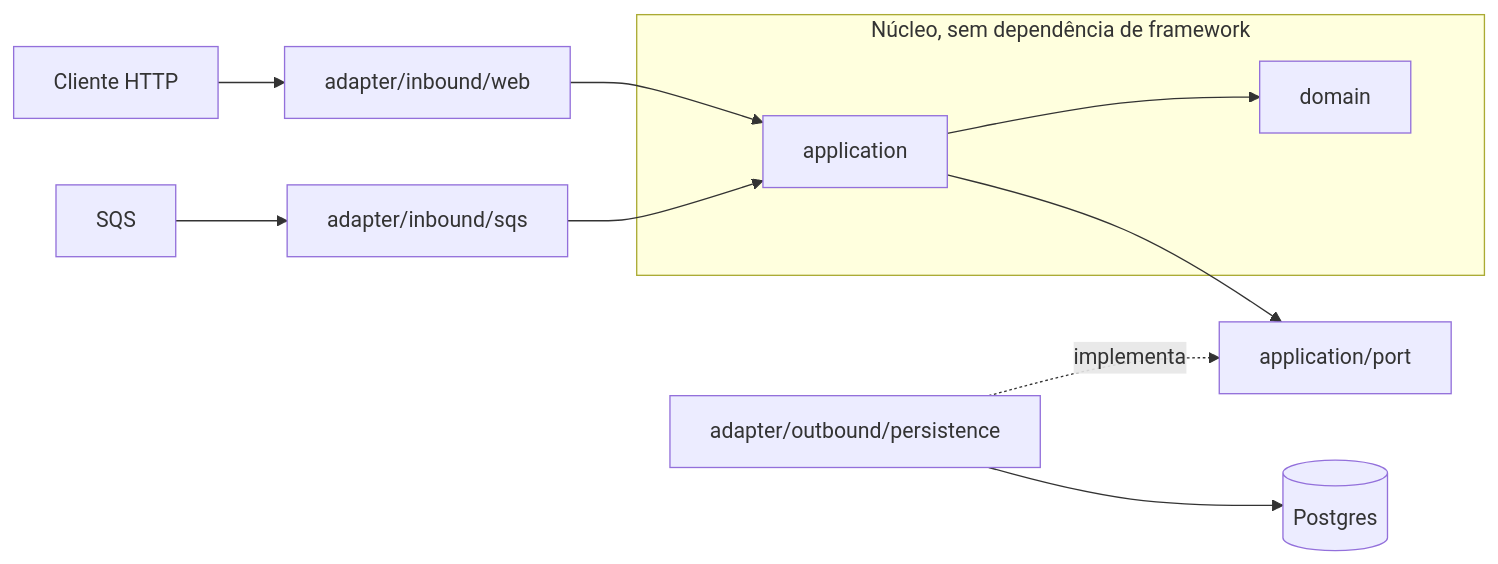
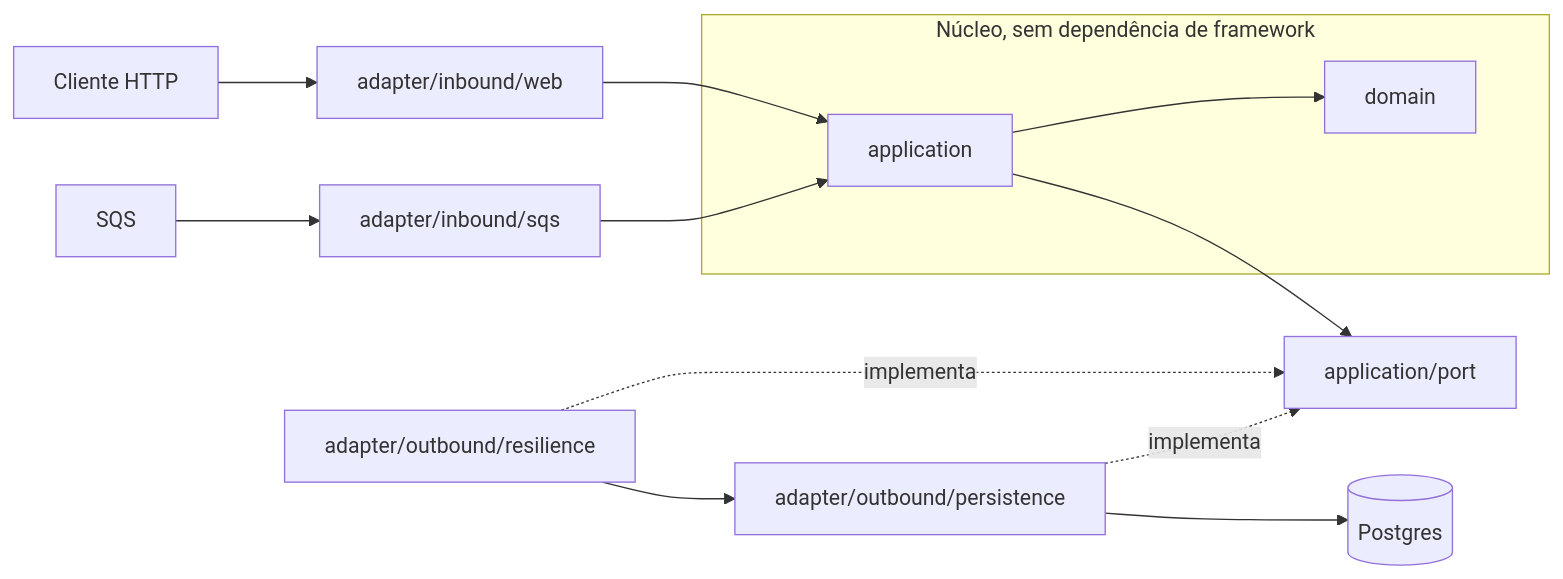
Before and after one commit to gabrielassisxyz/transaction-authorizer: the diagram in README.md, drawn with Mermaid. The commit also changed other lines of this file and 1 other file, not shown here.

````diff
--- a/README.md
+++ b/README.md
@@ -14,17 +17,19 @@
 ```mermaid
 flowchart LR
     client[Cliente HTTP] --> web[adapter/inbound/web]
     queue[SQS] --> consumer[adapter/inbound/sqs]
 
     subgraph core[Núcleo, sem dependência de framework]
         app[application]
         domain[domain]
         app --> domain
     end
 
     web --> app
     consumer --> app
     app --> port[application/port]
+    breaker[adapter/outbound/resilience] -. implementa .-> port
     persistence[adapter/outbound/persistence] -. implementa .-> port
+    breaker --> persistence
     persistence --> pg[(Postgres)]
 ```
````
